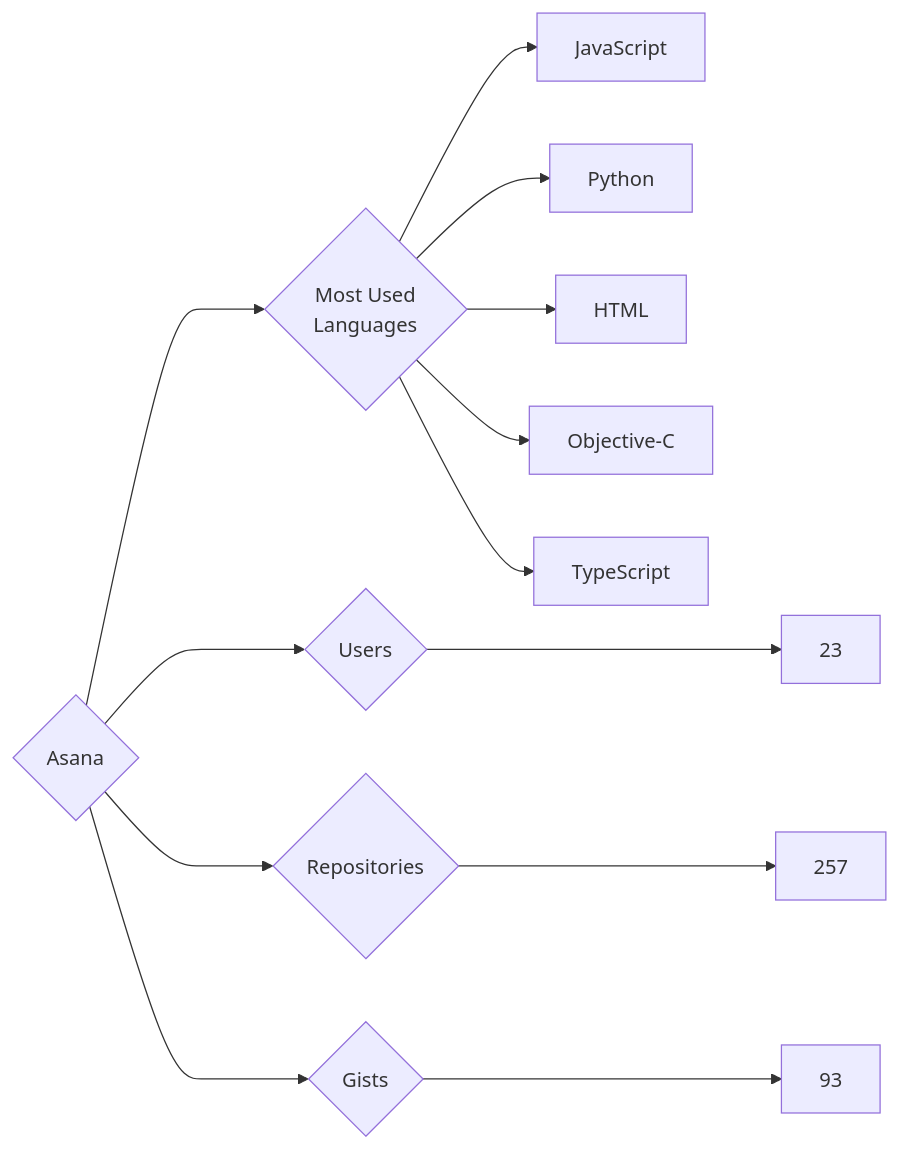
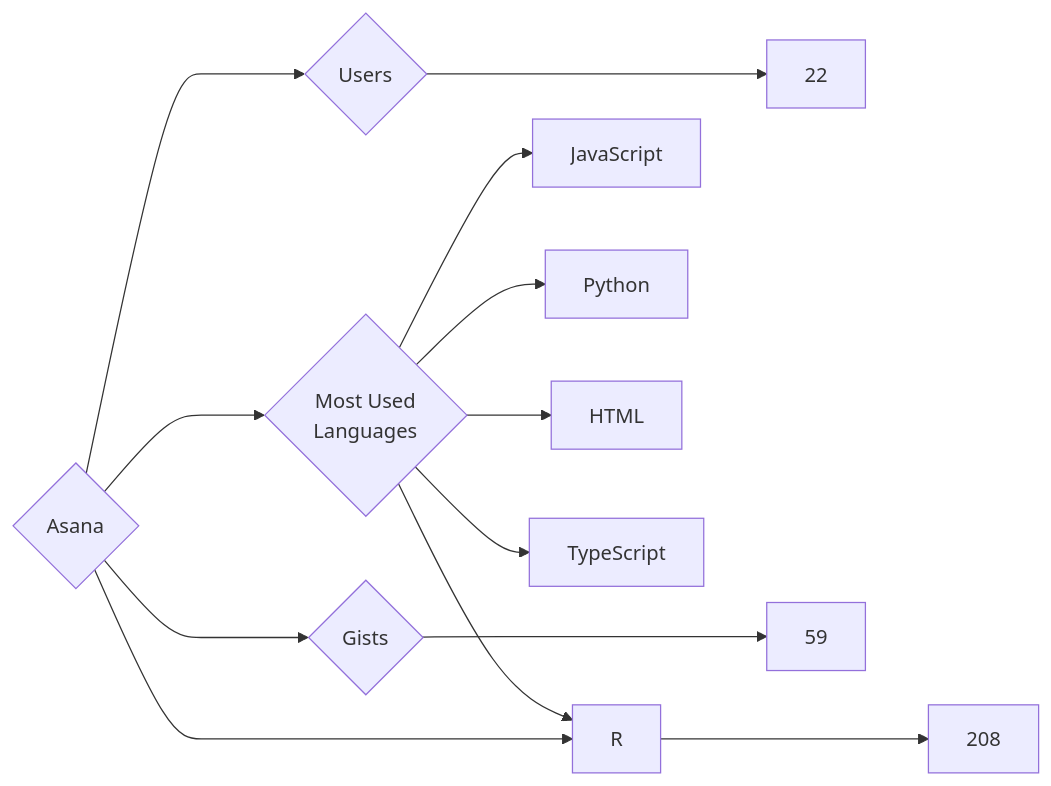
One commit to trickest/insiders changed the diagram in targets/Asana/README.md. Above: the diagram before and after it, drawn with Mermaid. The commit also changed 1195 other files, not shown here.

````diff
--- a/targets/Asana/README.md
+++ b/targets/Asana/README.md
@@ -3,13 +3,13 @@
 ```mermaid
 graph LR
 COMPANY_NAME{Asana}
-COMPANY_NAME ---> U{Users} ---> UN[23]
-COMPANY_NAME ---> R{Repositories} ---> RN[257]
-COMPANY_NAME ---> G{Gists} ---> GN[93]
+COMPANY_NAME ---> U{Users} ---> UN[22]
+COMPANY_NAME ---> R{Repositories} ---> RN[208]
+COMPANY_NAME ---> G{Gists} ---> GN[59]
 COMPANY_NAME ---> ML{Most Used<br>Languages}
 ML --> JavaScript[JavaScript]
 ML --> Python[Python]
 ML --> HTML[HTML]
-ML --> Objective-C[Objective-C]
 ML --> TypeScript[TypeScript]
+ML --> R[R]
 ```
````
